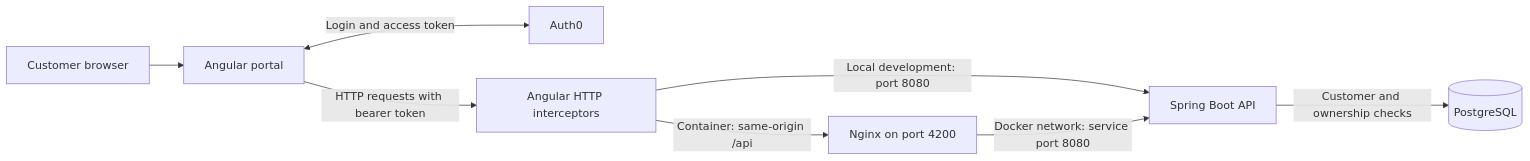
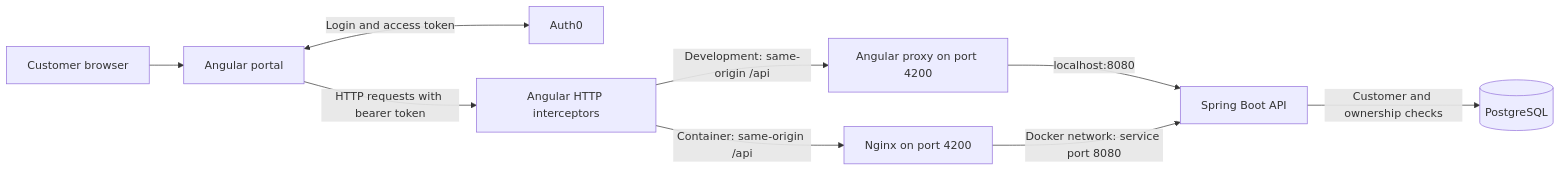
One commit to shannonweir/card-dispute-portal changed the first of 3 diagrams in README.md. Above: the diagram before and after it, drawn with Mermaid. The commit also changed other lines of this file and 9 other files, not shown here.

````diff
--- a/README.md
+++ b/README.md
@@ -61,10 +61,11 @@
 ```mermaid
 flowchart LR
     User[Customer browser] --> Portal[Angular portal]
     Portal <-->|Login and access token| Auth0[Auth0]
     Portal -->|HTTP requests with bearer token| HTTP[Angular HTTP interceptors]
-    HTTP -->|Local development: port 8080| API[Spring Boot API]
+    HTTP -->|Development: same-origin /api| Proxy[Angular proxy on port 4200]
+    Proxy -->|localhost:8080| API[Spring Boot API]
     HTTP -->|Container: same-origin /api| Nginx[Nginx on port 4200]
     Nginx -->|Docker network: service port 8080| API
     API -->|Customer and ownership checks| DB[(PostgreSQL)]
 ```
````
